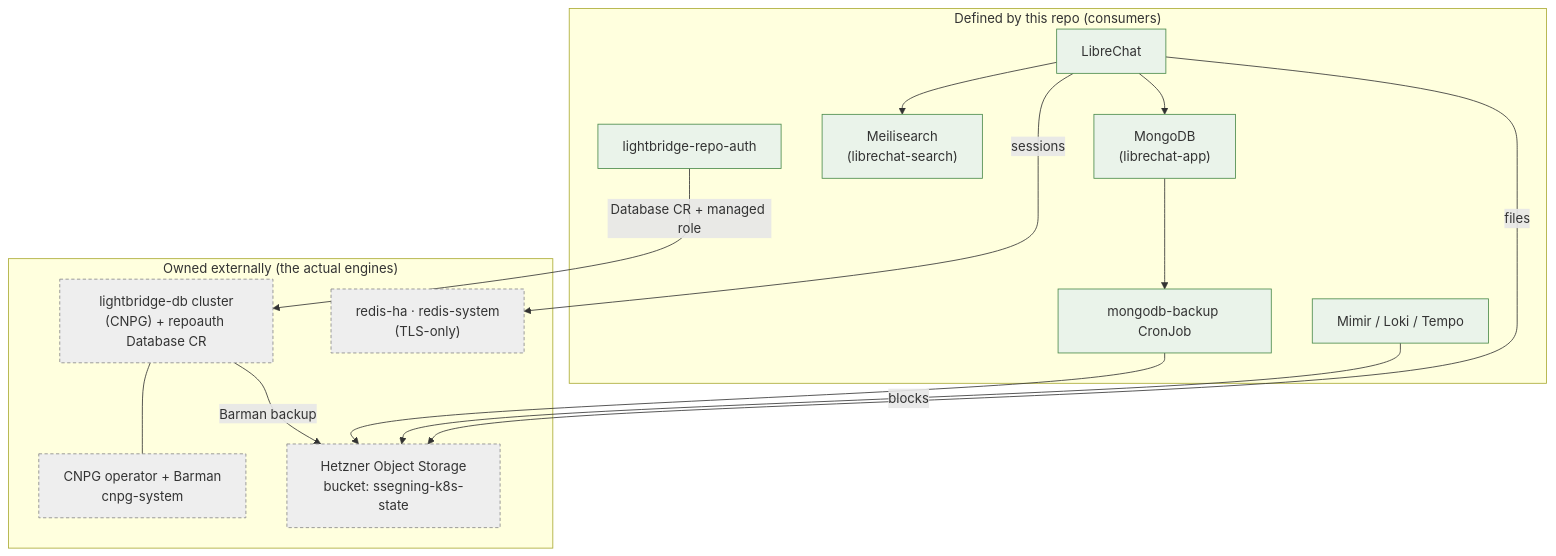
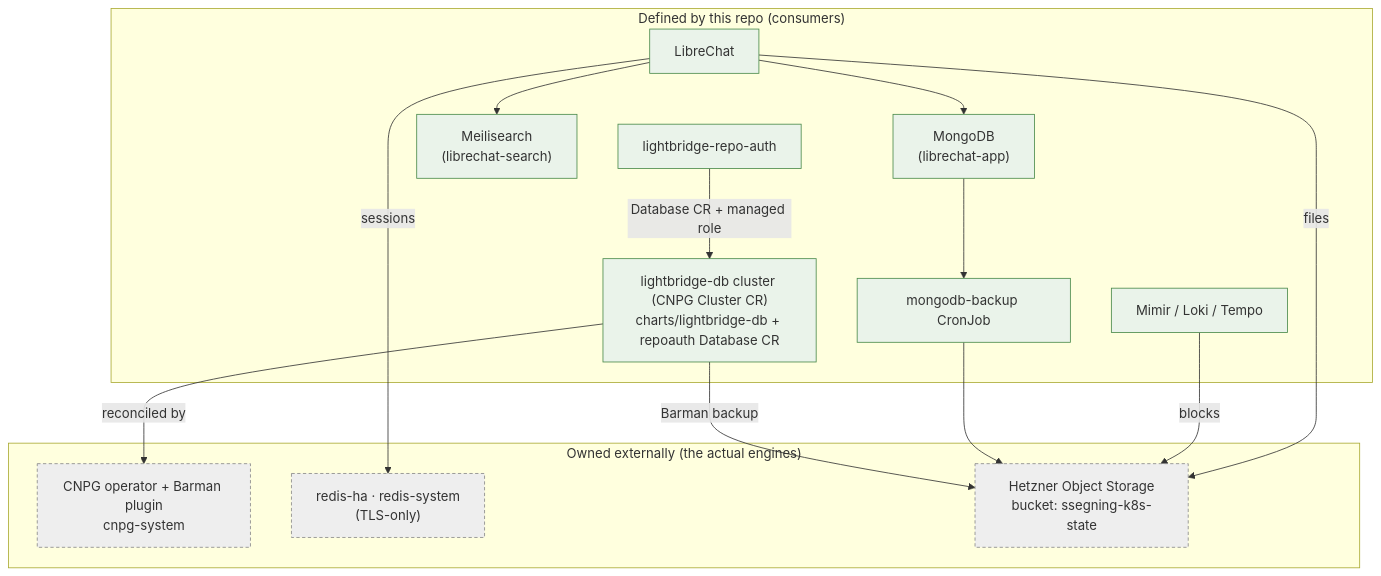
One commit to ADORSYS-GIS/ai-helm changed the first of 4 diagrams in docs/architecture/07-data-secrets.md. Above: the diagram before and after it, drawn with Mermaid. The commit also changed other lines of this file and 9 other files, not shown here.

````diff
--- a/docs/architecture/07-data-secrets.md
+++ b/docs/architecture/07-data-secrets.md
@@ -9,31 +9,31 @@
 ```mermaid
 flowchart TB
     subgraph owned["Defined by this repo (consumers)"]
         LC["LibreChat"]:::own
         MONGO["MongoDB<br/>(librechat-app)"]:::own
         MEILI["Meilisearch<br/>(librechat-search)"]:::own
         REPOAUTH["lightbridge-repo-auth"]:::own
         LGTM["Mimir / Loki / Tempo"]:::own
         MBK["mongodb-backup CronJob"]:::own
+        LBDB["lightbridge-db cluster (CNPG Cluster CR)<br/>charts/lightbridge-db + repoauth Database CR"]:::own
     end
 
     subgraph external["Owned externally (the actual engines)"]
-        CNPGOP["CNPG operator + Barman<br/>cnpg-system"]:::ext
-        LBDB["lightbridge-db cluster<br/>(CNPG) + repoauth Database CR"]:::ext
+        CNPGOP["CNPG operator + Barman plugin<br/>cnpg-system"]:::ext
         REDIS["redis-ha · redis-system<br/>(TLS-only)"]:::ext
         S3["Hetzner Object Storage<br/>bucket: ssegning-k8s-state"]:::ext
     end
 
     LC --> MONGO
     LC --> MEILI
     LC -->|sessions| REDIS
     LC -->|files| S3
     REPOAUTH -->|"Database CR + managed role"| LBDB
-    LBDB --- CNPGOP
+    LBDB -->|reconciled by| CNPGOP
     LGTM -->|blocks| S3
     MONGO --> MBK --> S3
     LBDB -->|Barman backup| S3
 
     classDef own fill:#eaf3ea,stroke:#4a8a4a;
     classDef ext fill:#eee,stroke:#888,stroke-dasharray:4 3;
 ```
````
